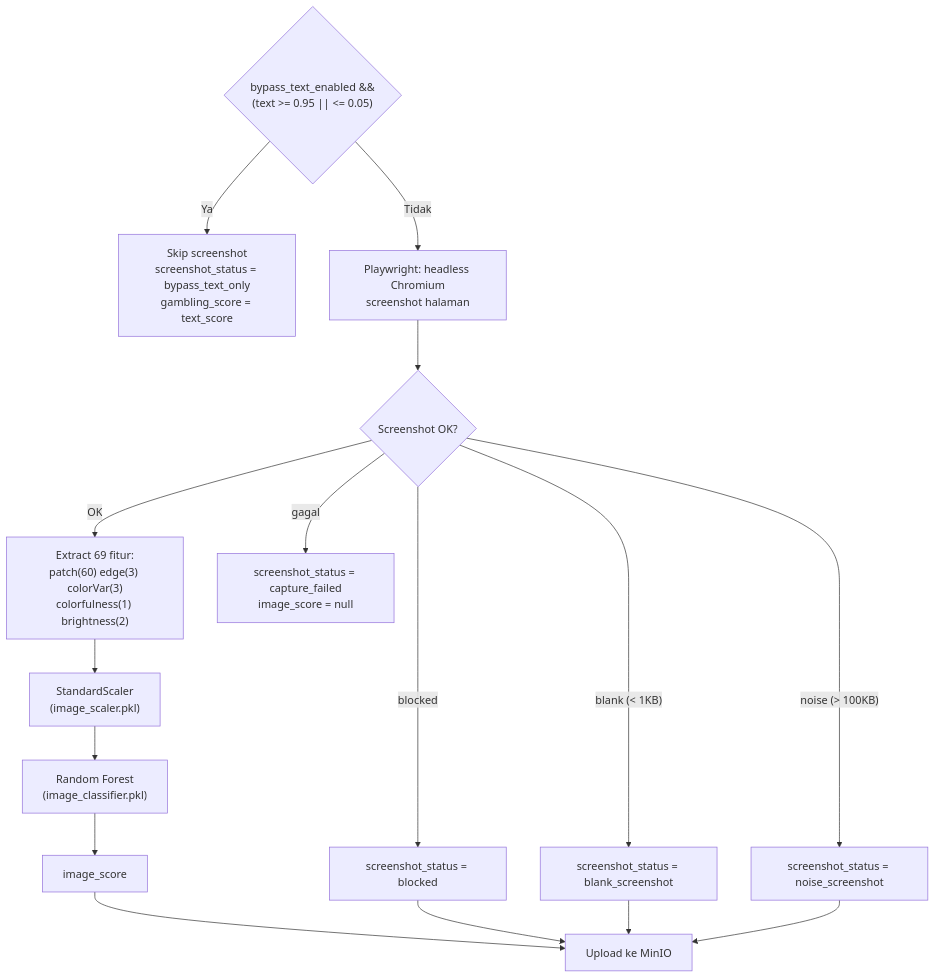
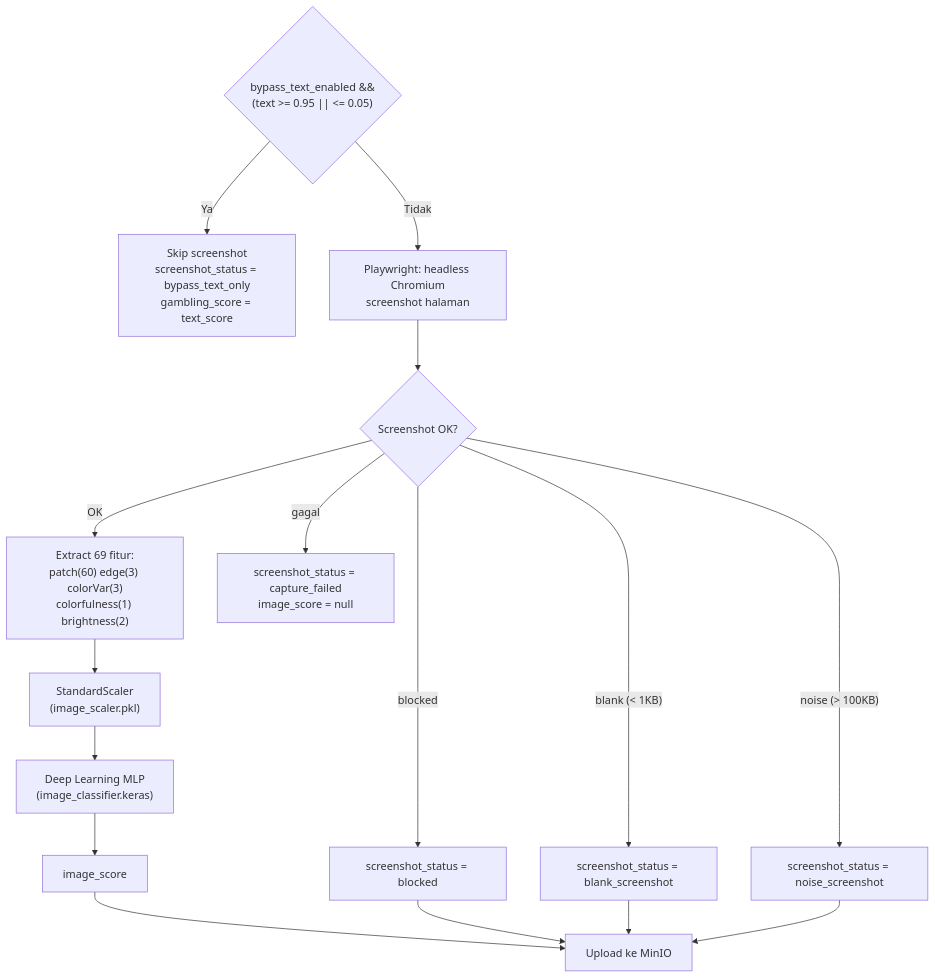
The tenth of 16 diagrams in docs/architecture.md (rizkyfauziilmi/gambling-blocker), drawn with Mermaid before and after one commit. The commit also changed other lines of this file and 12 other files, not shown here.

Commit message:
change image model to use deep learning

````diff
--- a/docs/architecture.md
+++ b/docs/architecture.md
@@ -253,19 +253,19 @@
 ```mermaid
 flowchart TD
     A{"bypass_text_enabled &&<br/>(text >= 0.95 || <= 0.05)"}
     A -->|"Ya"| B["Skip screenshot<br/>screenshot_status = bypass_text_only<br/>gambling_score = text_score"]
     A -->|"Tidak"| C["Playwright: headless Chromium<br/>screenshot halaman"]
     C --> D{"Screenshot OK?"}
     D -->|"blocked"| E["screenshot_status = blocked"]
     D -->|"blank (< 1KB)"| F["screenshot_status = blank_screenshot"]
     D -->|"noise (> 100KB)"| G["screenshot_status = noise_screenshot"]
     D -->|"OK"| H["Extract 69 fitur:<br/>patch(60) edge(3) colorVar(3)<br/>colorfulness(1) brightness(2)"]
     H --> I["StandardScaler<br/>(image_scaler.pkl)"]
-    I --> J["Random Forest<br/>(image_classifier.pkl)"]
+    I --> J["Deep Learning MLP<br/>(image_classifier.keras)"]
     J --> K["image_score"]
     D -->|"gagal"| L["screenshot_status = capture_failed<br/>image_score = null"]
     K --> M["Upload ke MinIO"]
     E --> M
     F --> M
     G --> M
 ```
````
